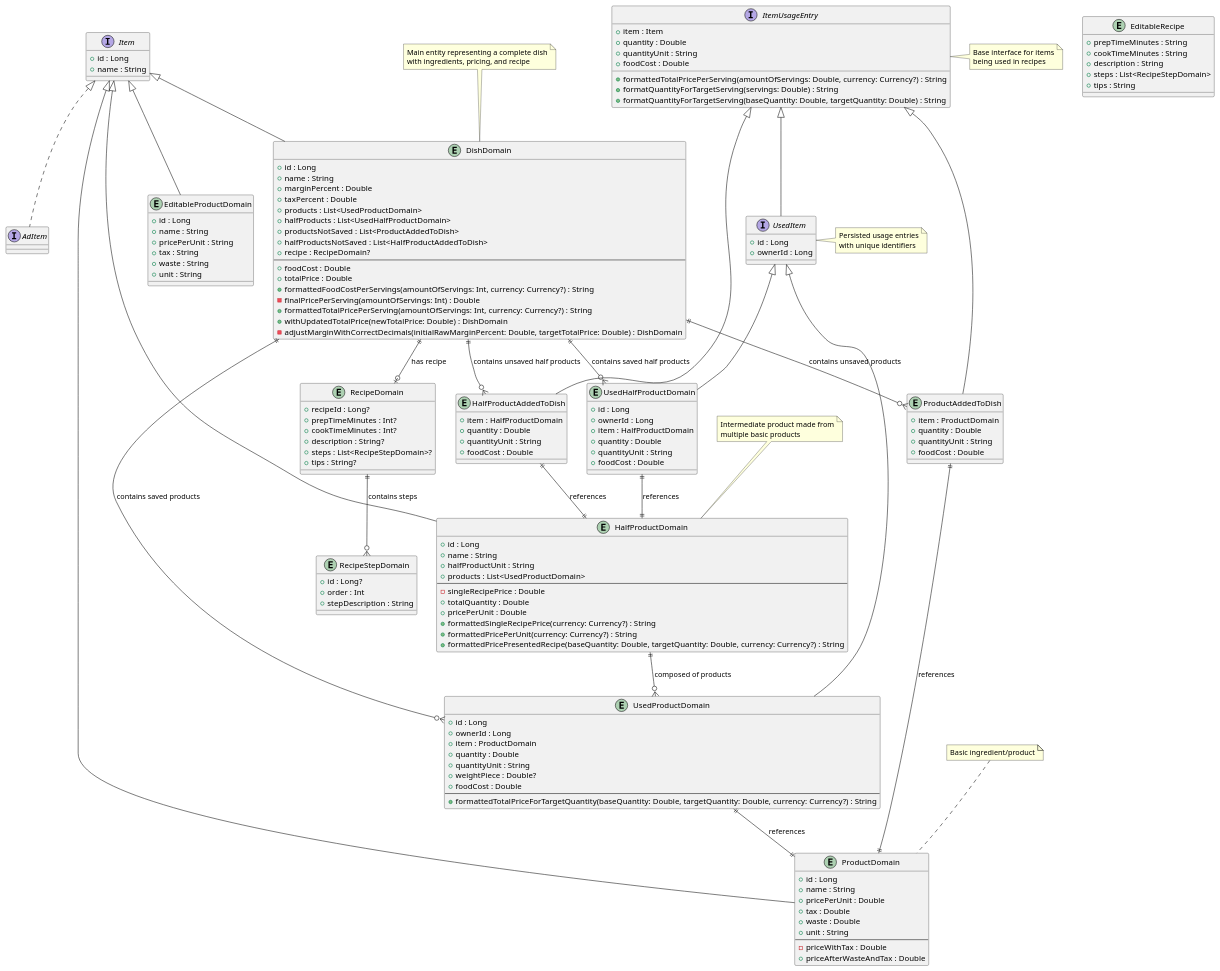
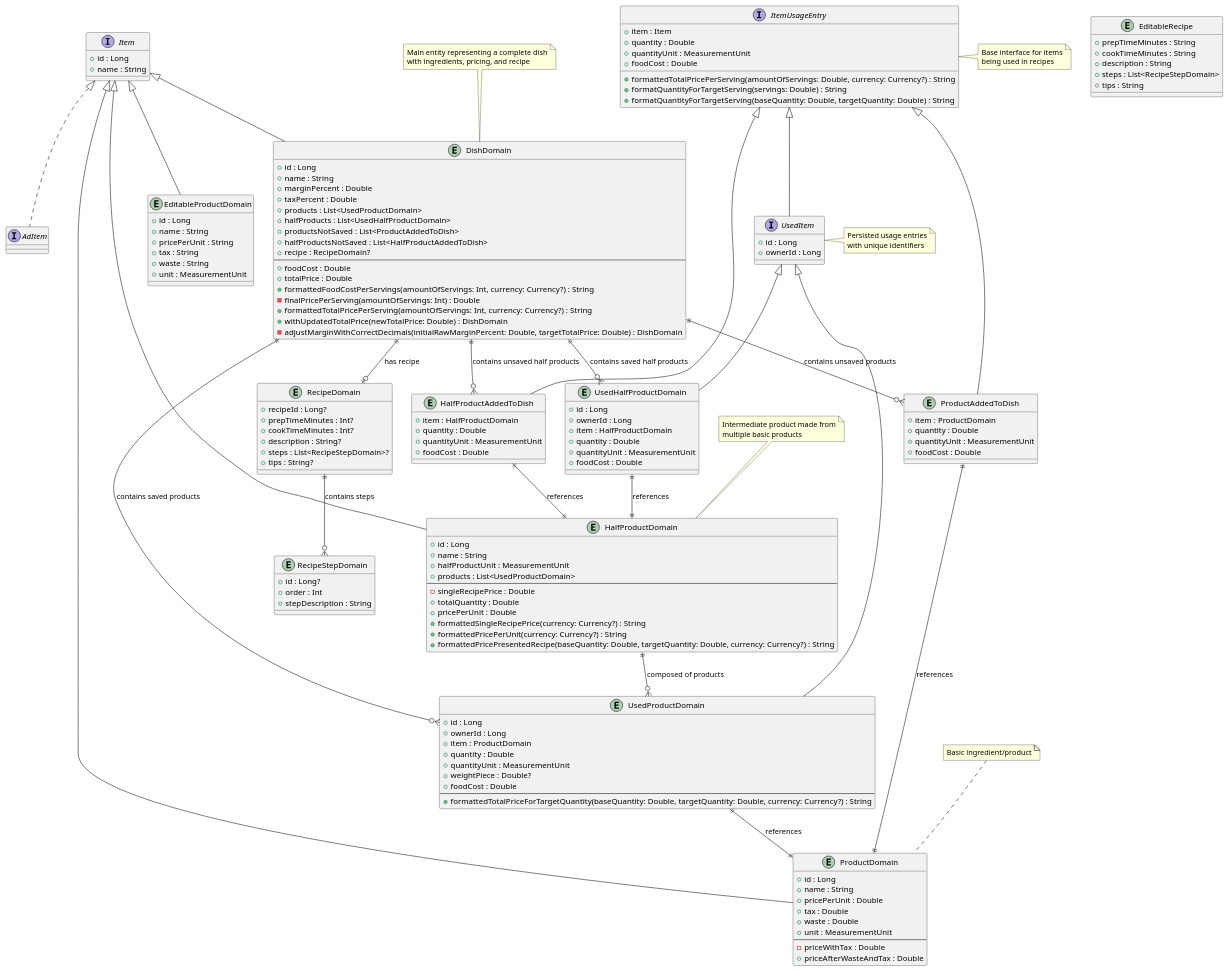
Before and after one commit to michalguspiel/FoodCostCalculator: the diagram in design/data/domain/models.plantuml, drawn with PlantUML. The commit also changed 1 other file, not shown here.

Commit message:
Update UML diagrams with MeasurementUnit type (#165)
The `unit` and `quantityUnit` fields in various entities have been updated from `text` or `String` to the `MeasurementUnit` type in both database and domain model diagrams.

This change provides better type safety and clarity regarding the units used for product quantities and measurements. A note has also been added to the database diagram indicating the use of `UnitConverters` for `MeasurementUnit` serialization in the `Product` entity.

```diff
--- a/design/data/domain/models.plantuml
+++ b/design/data/domain/models.plantuml
@@ -1,181 +1,181 @@
 @startuml
 
 ' Base interfaces
 interface Item {
     +id : Long
     +name : String
 }
 
 interface AdItem {
 }
 
 interface ItemUsageEntry {
     +item : Item
     +quantity : Double
-    +quantityUnit : String
+    +quantityUnit : MeasurementUnit
     +foodCost : Double
     +formattedTotalPricePerServing(amountOfServings: Double, currency: Currency?) : String
     +formatQuantityForTargetServing(servings: Double) : String
     +formatQuantityForTargetServing(baseQuantity: Double, targetQuantity: Double) : String
 }
 
 interface UsedItem {
     +id : Long
     +ownerId : Long
 }
 
 ' Core domain entities
 entity ProductDomain {
     +id : Long
     +name : String
     +pricePerUnit : Double
     +tax : Double
     +waste : Double
-    +unit : String
+    +unit : MeasurementUnit
     --
     -priceWithTax : Double
     +priceAfterWasteAndTax : Double
 }
 
 entity EditableProductDomain {
     +id : Long
     +name : String
     +pricePerUnit : String
     +tax : String
     +waste : String
-    +unit : String
+    +unit : MeasurementUnit
 }
 
 entity HalfProductDomain {
     +id : Long
     +name : String
-    +halfProductUnit : String
+    +halfProductUnit : MeasurementUnit
     +products : List<UsedProductDomain>
     --
     -singleRecipePrice : Double
     +totalQuantity : Double
     +pricePerUnit : Double
     +formattedSingleRecipePrice(currency: Currency?) : String
     +formattedPricePerUnit(currency: Currency?) : String
     +formattedPricePresentedRecipe(baseQuantity: Double, targetQuantity: Double, currency: Currency?) : String
 }
 
 entity DishDomain {
     +id : Long
     +name : String
     +marginPercent : Double
     +taxPercent : Double
     +products : List<UsedProductDomain>
     +halfProducts : List<UsedHalfProductDomain>
     +productsNotSaved : List<ProductAddedToDish>
     +halfProductsNotSaved : List<HalfProductAddedToDish>
     +recipe : RecipeDomain?
     --
     +foodCost : Double
     +totalPrice : Double
     +formattedFoodCostPerServings(amountOfServings: Int, currency: Currency?) : String
     -finalPricePerServing(amountOfServings: Int) : Double
     +formattedTotalPricePerServing(amountOfServings: Int, currency: Currency?) : String
     +withUpdatedTotalPrice(newTotalPrice: Double) : DishDomain
     -adjustMarginWithCorrectDecimals(initialRawMarginPercent: Double, targetTotalPrice: Double) : DishDomain
 }
 
 ' Usage entities (temporary/not saved)
 entity ProductAddedToDish {
     +item : ProductDomain
     +quantity : Double
-    +quantityUnit : String
+    +quantityUnit : MeasurementUnit
     +foodCost : Double
 }
 
 entity HalfProductAddedToDish {
     +item : HalfProductDomain
     +quantity : Double
-    +quantityUnit : String
+    +quantityUnit : MeasurementUnit
     +foodCost : Double
 }
 
 ' Persistent usage entities
 entity UsedProductDomain {
     +id : Long
     +ownerId : Long
     +item : ProductDomain
     +quantity : Double
-    +quantityUnit : String
+    +quantityUnit : MeasurementUnit
     +weightPiece : Double?
     +foodCost : Double
     --
     +formattedTotalPriceForTargetQuantity(baseQuantity: Double, targetQuantity: Double, currency: Currency?) : String
 }
 
 entity UsedHalfProductDomain {
     +id : Long
     +ownerId : Long
     +item : HalfProductDomain
     +quantity : Double
-    +quantityUnit : String
+    +quantityUnit : MeasurementUnit
     +foodCost : Double
 }
 
 ' Recipe entities
 entity RecipeDomain {
     +recipeId : Long?
     +prepTimeMinutes : Int?
     +cookTimeMinutes : Int?
     +description : String?
     +steps : List<RecipeStepDomain>?
     +tips : String?
 }
 
 entity EditableRecipe {
     +prepTimeMinutes : String
     +cookTimeMinutes : String
     +description : String
     +steps : List<RecipeStepDomain>
     +tips : String
 }
 
 entity RecipeStepDomain {
     +id : Long?
     +order : Int
     +stepDescription : String
 }
 
 ' Inheritance relationships
 Item <|.. AdItem
 Item <|-- ProductDomain
 Item <|-- EditableProductDomain
 Item <|-- HalfProductDomain
 Item <|-- DishDomain
 
 ItemUsageEntry <|-- ProductAddedToDish
 ItemUsageEntry <|-- HalfProductAddedToDish
 ItemUsageEntry <|-- UsedItem
 
 UsedItem <|-- UsedProductDomain
 UsedItem <|-- UsedHalfProductDomain
 
 ' Composition relationships
 DishDomain ||--o{ UsedProductDomain : "contains saved products"
 DishDomain ||--o{ UsedHalfProductDomain : "contains saved half products"
 DishDomain ||--o{ ProductAddedToDish : "contains unsaved products"
 DishDomain ||--o{ HalfProductAddedToDish : "contains unsaved half products"
 DishDomain ||--o| RecipeDomain : "has recipe"
 
 HalfProductDomain ||--o{ UsedProductDomain : "composed of products"
 
 ProductAddedToDish ||--|| ProductDomain : "references"
 HalfProductAddedToDish ||--|| HalfProductDomain : "references"
 UsedProductDomain ||--|| ProductDomain : "references"
 UsedHalfProductDomain ||--|| HalfProductDomain : "references"
 
 RecipeDomain ||--o{ RecipeStepDomain : "contains steps"
 
 ' Notes
 note top of DishDomain : Main entity representing a complete dish\nwith ingredients, pricing, and recipe
 note top of HalfProductDomain : Intermediate product made from\nmultiple basic products
 note top of ProductDomain : Basic ingredient/product
 note right of ItemUsageEntry : Base interface for items\nbeing used in recipes
 note right of UsedItem : Persisted usage entries\nwith unique identifiers
 
 @enduml
```
